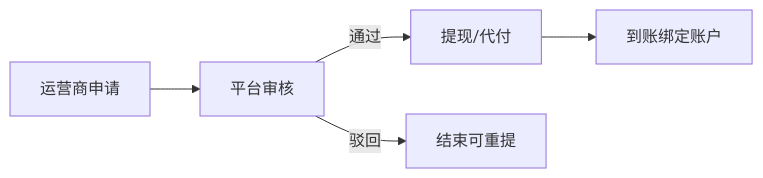
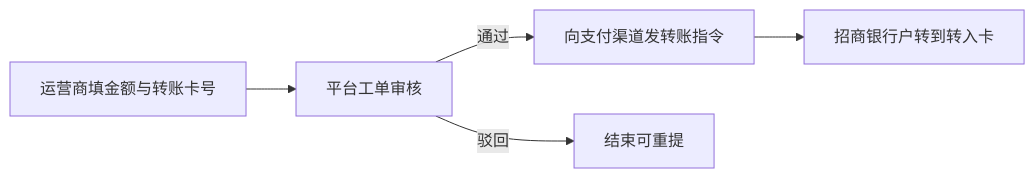
One commit to liudali/rider-swap-operator-prototype changed the diagram in docs/documentation/md/运营商提现规则.md. Above: the diagram before and after it, drawn with Mermaid. The commit also changed other lines of this file and 44 other files, not shown here.

````diff
--- a/docs/documentation/md/运营商提现规则.md
+++ b/docs/documentation/md/运营商提现规则.md
@@ -81,7 +99,7 @@
 ```mermaid
 flowchart LR
-  A[运营商申请] --> B[平台审核]
-  B -->|通过| C[提现/代付]
+  A[运营商填金额与转账卡号] --> B[平台工单审核]
+  B -->|通过| C[向支付渠道发转账指令]
   B -->|驳回| D[结束可重提]
-  C --> E[到账绑定账户]
+  C --> E[招商银行户转到转入卡]
 ```
````
